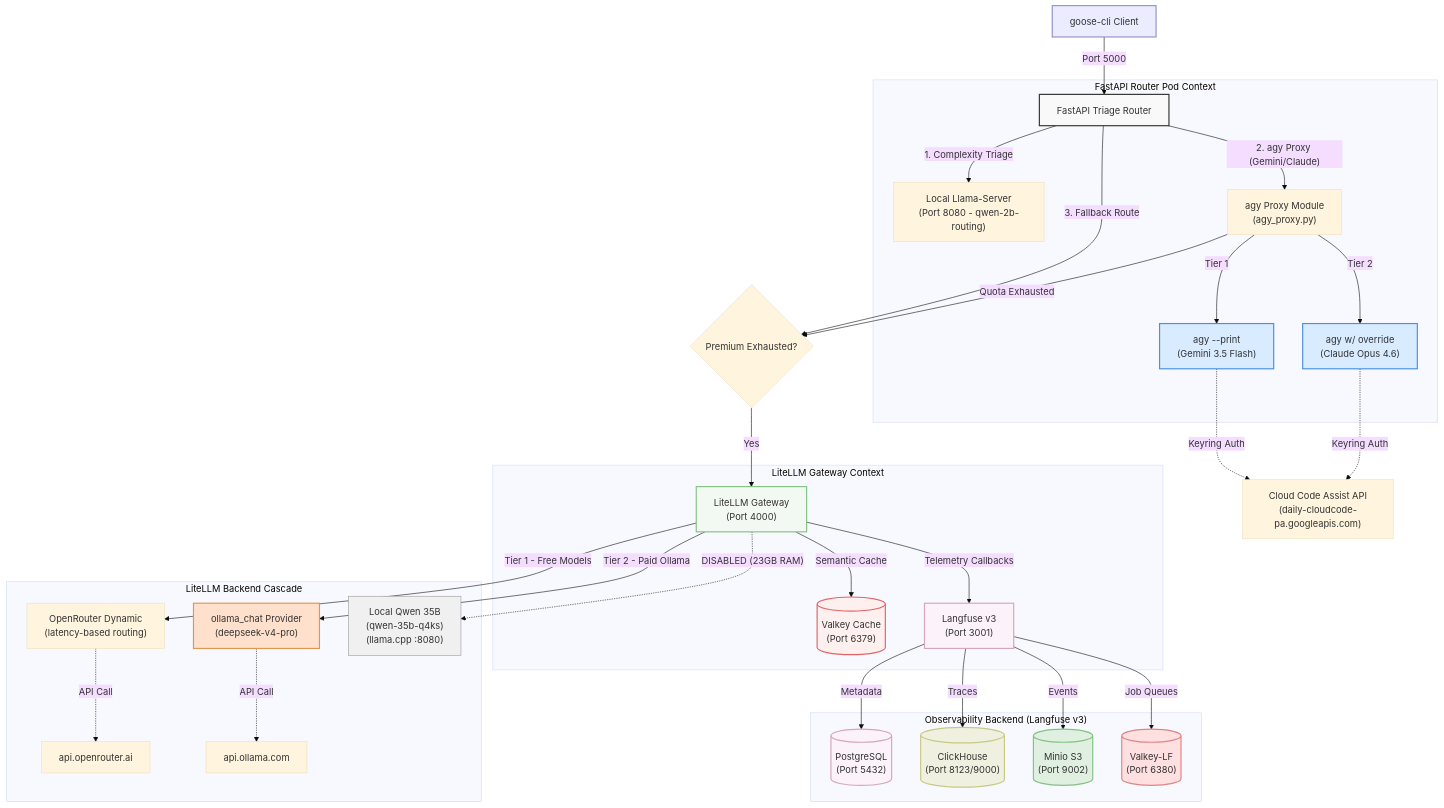
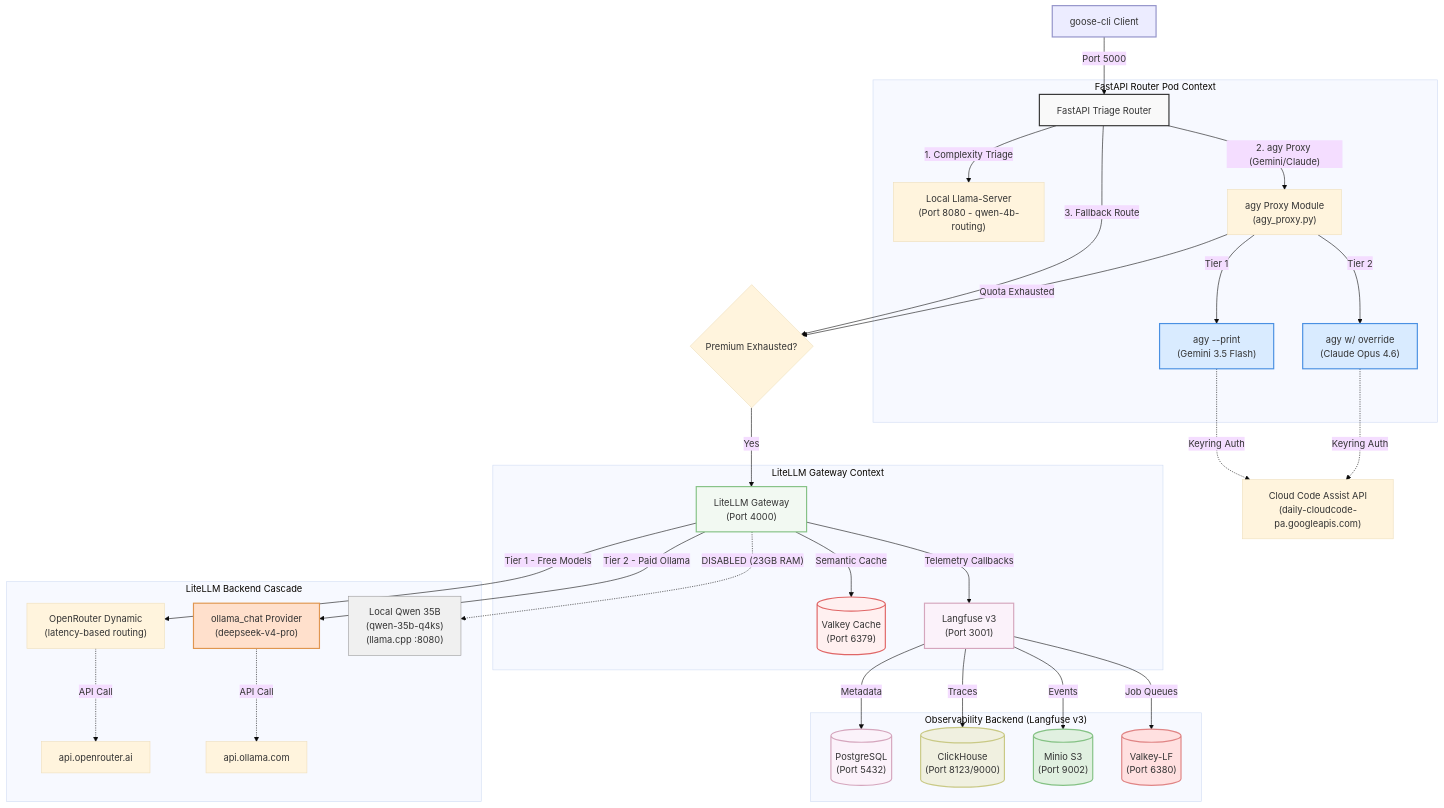
The first of 3 diagrams in README.md (sheepdestroyer/LLM-Routing), drawn with Mermaid (base theme) before and after one commit. The commit also changed other lines of this file and 7 other files, not shown here.

First line of the commit message:
refactor: standardize classifier model to qwen-4b-routing

````diff
--- a/README.md
+++ b/README.md
@@ -15,53 +15,53 @@
 ```mermaid
 graph TD
     Client["goose-cli Client"] -->|Port 5000| Router["FastAPI Triage Router"]
 
     subgraph FastAPIRouter ["FastAPI Router Pod Context"]
-        Router -->|1. Complexity Triage| LlamaServer["Local Llama-Server\n(Port 8080 - qwen-2b-routing)"]
+        Router -->|1. Complexity Triage| LlamaServer["Local Llama-Server\n(Port 8080 - qwen-4b-routing)"]
         Router -->|"2. agy Proxy (Gemini/Claude)"| AgyProxy["agy Proxy Module\n(agy_proxy.py)"]
 
         AgyProxy -->|Tier 1| AgyGemini["agy --print\n(Gemini 3.5 Flash)"]
         AgyProxy -->|Tier 2| AgyOpus["agy w/ override\n(Claude Opus 4.6)"]
     end
 
     AgyGemini -.->|Keyring Auth| Google["Cloud Code Assist API\n(daily-cloudcode-pa.googleapis.com)"]
     AgyOpus -.->|Keyring Auth| Google
 
     Router -->|3. Fallback Route| RouteSelector{"Premium Exhausted?"}
     RouteSelector -->|Yes| LiteLLM["LiteLLM Gateway\n(Port 4000)"]
     AgyProxy -->|Quota Exhausted| RouteSelector
 
     subgraph LiteLLMGateway ["LiteLLM Gateway Context"]
         LiteLLM -->|Semantic Cache| Valkey[("Valkey Cache\n(Port 6379)")]
         LiteLLM -->|Telemetry Callbacks| Langfuse["Langfuse v3\n(Port 3001)"]
     end
 
     subgraph BackendRoutingCascade ["LiteLLM Backend Cascade"]
         LiteLLM -->|Tier 1 - Free Models| OpenRouter["OpenRouter Dynamic\n(latency-based routing)"]
         LiteLLM -->|Tier 2 - Paid Ollama| OllamaTier["ollama_chat Provider\n(deepseek-v4-pro)"]
         OpenRouter -.->|API Call| OpenRouterAPI["api.openrouter.ai"]
         OllamaTier -.->|API Call| OllamaAPI["api.ollama.com"]
         LiteLLM -.->|"DISABLED (23GB RAM)"| QwenLocal["Local Qwen 35B\n(qwen-35b-q4ks)\n(llama.cpp :8080)"]
     end
 
     subgraph Observability ["Observability Backend (Langfuse v3)"]
         Langfuse -->|Metadata| Postgres[("PostgreSQL\n(Port 5432)")]
         Langfuse -->|Traces| ClickHouse[("ClickHouse\n(Port 8123/9000)")]
         Langfuse -->|Events| Minio[("Minio S3\n(Port 9002)")]
         Langfuse -->|Job Queues| ValkeyLF[("Valkey-LF\n(Port 6380)")]
     end
 
     style Client fill:#ececff,stroke:#9393c9,stroke-width:2px;
     style Router fill:#f9f9f9,stroke:#333,stroke-width:2px;
     style AgyGemini fill:#d9ebff,stroke:#4a90e2,stroke-width:2px;
     style AgyOpus fill:#d9ebff,stroke:#4a90e2,stroke-width:2px;
     style LiteLLM fill:#f2f9f2,stroke:#85c285,stroke-width:2px;
     style OllamaTier fill:#ffe0cc,stroke:#e09650,stroke-width:2px;
     style Valkey fill:#fff0f0,stroke:#e06666,stroke-width:2px;
     style Langfuse fill:#fbf2fa,stroke:#d5a6bd,stroke-width:2px;
     style Postgres fill:#fbf2fa,stroke:#d5a6bd,stroke-width:2px;
     style ClickHouse fill:#f0f0e0,stroke:#c9c985,stroke-width:2px;
     style Minio fill:#e0f0e0,stroke:#85c285,stroke-width:2px;
     style ValkeyLF fill:#ffe0e0,stroke:#e08585,stroke-width:2px;
     style QwenLocal fill:#f0f0f0,stroke:#999,stroke-width:1px;
 ```
````
